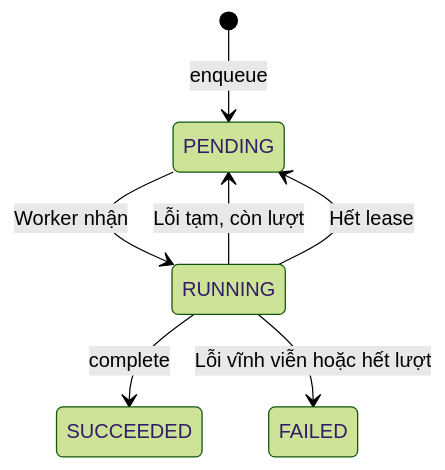
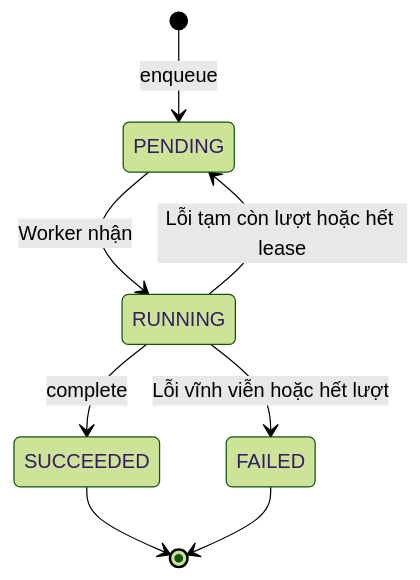
Before and after one commit to hygef-v4/AI-Powered-Learning-Platform: the diagram in aidlc-docs/construction/u02-audit-job-and-outbox/functional-design/domain-entities.md, drawn with Mermaid (forest theme). The commit also changed other lines of this file and 83 other files, not shown here.

````diff
--- a/aidlc-docs/construction/u02-audit-job-and-outbox/functional-design/domain-entities.md
+++ b/aidlc-docs/construction/u02-audit-job-and-outbox/functional-design/domain-entities.md
@@ -53,9 +53,10 @@
 ```mermaid
 stateDiagram-v2
     [*] --> PENDING: enqueue
     PENDING --> RUNNING: Worker nhận
     RUNNING --> SUCCEEDED: complete
-    RUNNING --> PENDING: Lỗi tạm, còn lượt
+    RUNNING --> PENDING: Lỗi tạm còn lượt hoặc hết lease
     RUNNING --> FAILED: Lỗi vĩnh viễn hoặc hết lượt
-    RUNNING --> PENDING: Hết lease
+    SUCCEEDED --> [*]
+    FAILED --> [*]
 ```
````
